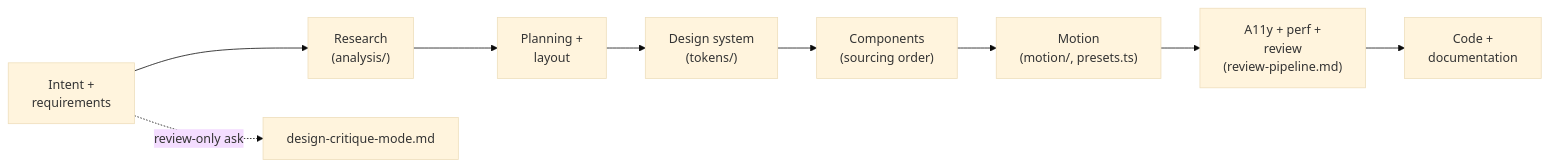
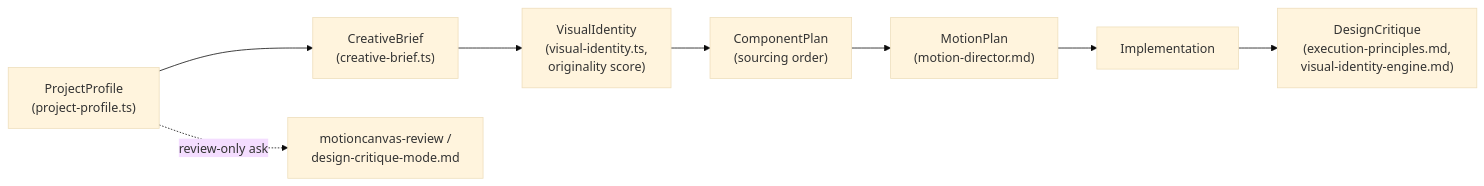
The third of 3 diagrams in .claude/skills/motioncanvas/references/architecture.md (skreemkweeen/-motioncanvas-skill), drawn with Mermaid (base theme) before and after one commit. The commit also changed other lines of this file and 8 other files, not shown here.

````diff
--- a/.claude/skills/motioncanvas/references/architecture.md
+++ b/.claude/skills/motioncanvas/references/architecture.md
@@ -59,12 +92,11 @@
 ```mermaid
 flowchart LR
-    A["Intent +<br/>requirements"] --> B["Research<br/>(analysis/)"]
-    B --> C["Planning +<br/>layout"]
-    C --> D["Design system<br/>(tokens/)"]
-    D --> E["Components<br/>(sourcing order)"]
-    E --> F["Motion<br/>(motion/, presets.ts)"]
-    F --> G["A11y + perf +<br/>review<br/>(review-pipeline.md)"]
-    G --> H["Code +<br/>documentation"]
+    A["ProjectProfile<br/>(project-profile.ts)"] --> B["CreativeBrief<br/>(creative-brief.ts)"]
+    B --> C["VisualIdentity<br/>(visual-identity.ts,<br/>originality score)"]
+    C --> D["ComponentPlan<br/>(sourcing order)"]
+    D --> E["MotionPlan<br/>(motion-director.md)"]
+    E --> F["Implementation"]
+    F --> G["DesignCritique<br/>(execution-principles.md,<br/>visual-identity-engine.md)"]
 
-    A -.->|"review-only ask"| X["design-critique-mode.md"]
+    A -.->|"review-only ask"| X["motioncanvas-review /<br/>design-critique-mode.md"]
 ```
````
